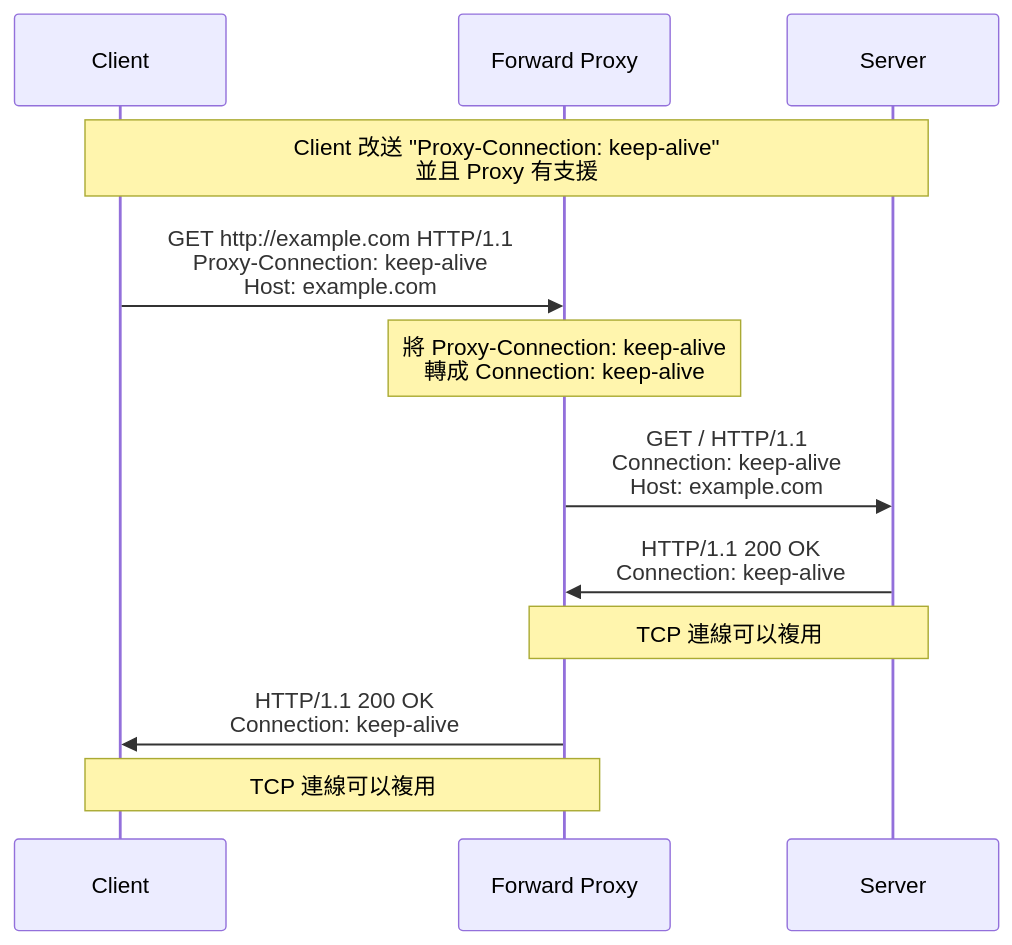
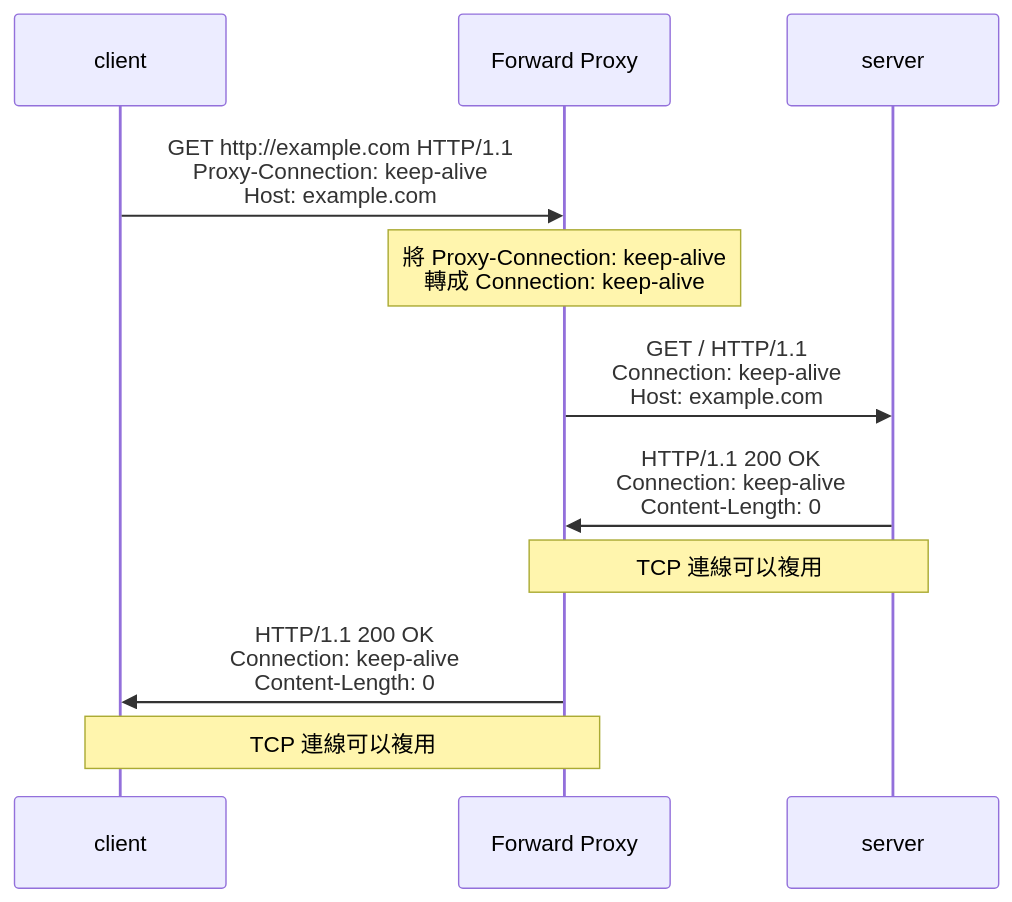
One commit to samuel871211/yusheng-tech-blog changed the eighth of 8 diagrams in docs/nodejs/http_proxy.md. Above: the diagram before and after it, drawn with Mermaid. The commit also changed other lines of this file and 2 other files, not shown here.

Commit message:
http_proxy

````diff
--- a/docs/nodejs/http_proxy.md
+++ b/docs/nodejs/http_proxy.md
@@ -262,15 +261,14 @@
 ```mermaid
 sequenceDiagram
-  participant C as Client
+  participant C as client
   participant P as Forward Proxy
-  participant S as Server
+  participant S as server
 
-  Note Over C, S: Client 改送 "Proxy-Connection: keep-alive"<br/>並且 Proxy 有支援
   C ->> P: GET http://example.com HTTP/1.1<br/>Proxy-Connection: keep-alive<br/>Host: example.com
   Note Over P: 將 Proxy-Connection: keep-alive<br/>轉成 Connection: keep-alive
   P ->> S: GET / HTTP/1.1<br/>Connection: keep-alive<br/>Host: example.com
-  S ->> P: HTTP/1.1 200 OK<br/>Connection: keep-alive
+  S ->> P: HTTP/1.1 200 OK<br/>Connection: keep-alive<br/>Content-Length: 0
   Note Over P, S: TCP 連線可以複用
-  P ->> C: HTTP/1.1 200 OK<br/>Connection: keep-alive
+  P ->> C: HTTP/1.1 200 OK<br/>Connection: keep-alive<br/>Content-Length: 0
   Note Over C, P: TCP 連線可以複用
 ```
````
